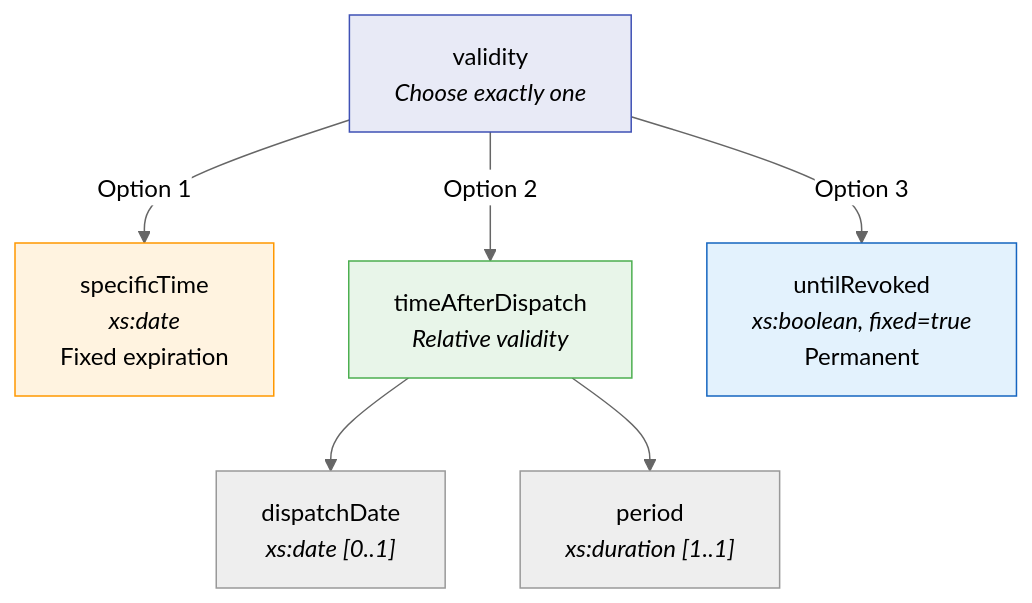
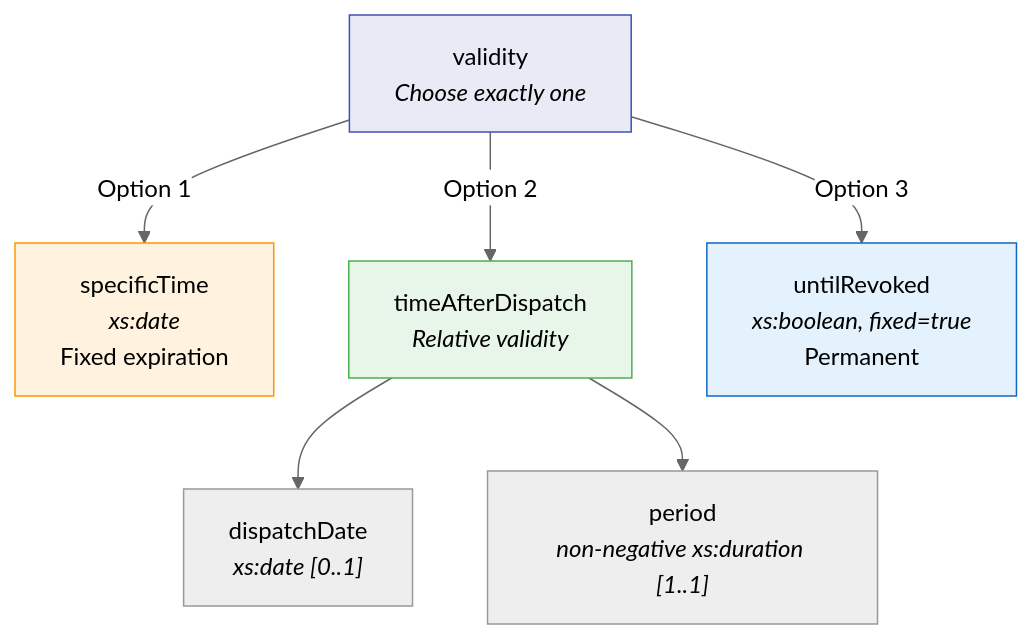
One commit to punitharumilli/BestPracticeDocs changed the fourth of 6 diagrams in docs/administrative_data.md. Above: the diagram before and after it, drawn with Mermaid (neutral theme). The commit also changed other lines of this file and 24 other files, not shown here.

Commit message:
Align with DRMD schema 1.0.0, DRMD logo, links to BAMresearch

````diff
--- a/docs/administrative_data.md
+++ b/docs/administrative_data.md
@@ -259,19 +263,19 @@
 ```mermaid
 graph TD
     VAL["validity<br/><i>Choose exactly one</i>"]
     ST["specificTime<br/><i>xs:date</i><br/>Fixed expiration"]
     TAD["timeAfterDispatch<br/><i>Relative validity</i>"]
     UR["untilRevoked<br/><i>xs:boolean, fixed=true</i><br/>Permanent"]
 
     VAL -->|Option 1| ST
     VAL -->|Option 2| TAD
     VAL -->|Option 3| UR
 
     TAD --> DD["dispatchDate<br/><i>xs:date [0..1]</i>"]
-    TAD --> PER["period<br/><i>xs:duration [1..1]</i>"]
+    TAD --> PER["period<br/><i>non-negative xs:duration [1..1]</i>"]
 
     style VAL fill:#e8eaf6,color:#000,stroke:#3f51b5
     style ST fill:#fff3e0,stroke:#ff9800
     style TAD fill:#e8f5e9,stroke:#4caf50
     style UR fill:#e3f2fd,stroke:#1565c0
 ```
````
